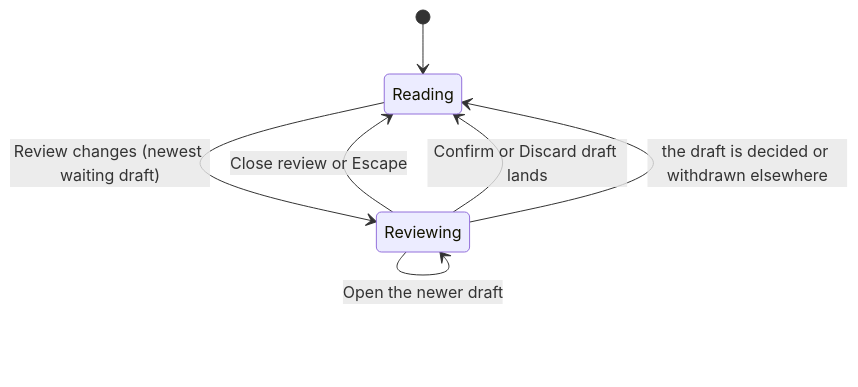
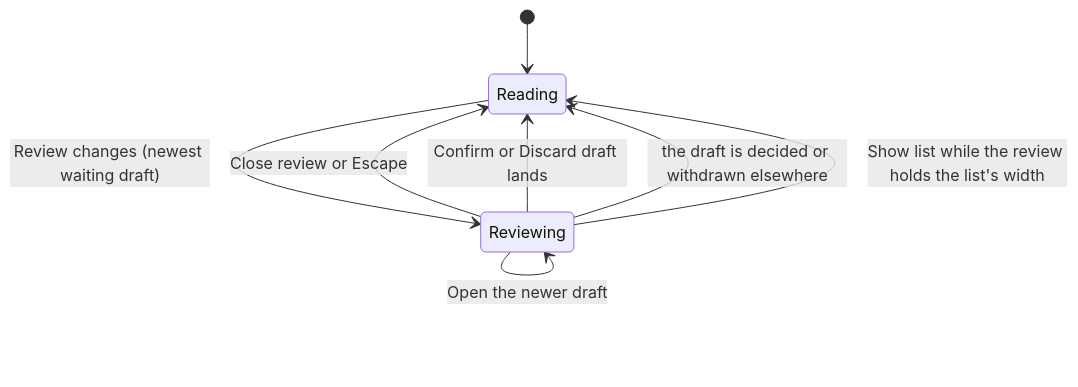
The seventh of 7 diagrams in knowledge/features/documents.md (matthiasn/lotti), drawn with Mermaid before and after one commit. The commit also changed other lines of this file and 11 other files, not shown here.

Commit message:
feat(documents): step the task list and day column aside while a review is on screen

````diff
--- a/knowledge/features/documents.md
+++ b/knowledge/features/documents.md
@@ -569,9 +590,10 @@
 ```mermaid
 stateDiagram-v2
   [*] --> Reading
   Reading --> Reviewing: Review changes (newest waiting draft)
   Reviewing --> Reviewing: Open the newer draft
   Reviewing --> Reading: Close review or Escape
   Reviewing --> Reading: Confirm or Discard draft lands
   Reviewing --> Reading: the draft is decided or withdrawn elsewhere
+  Reviewing --> Reading: Show list while the review holds the list's width
 ```
````
